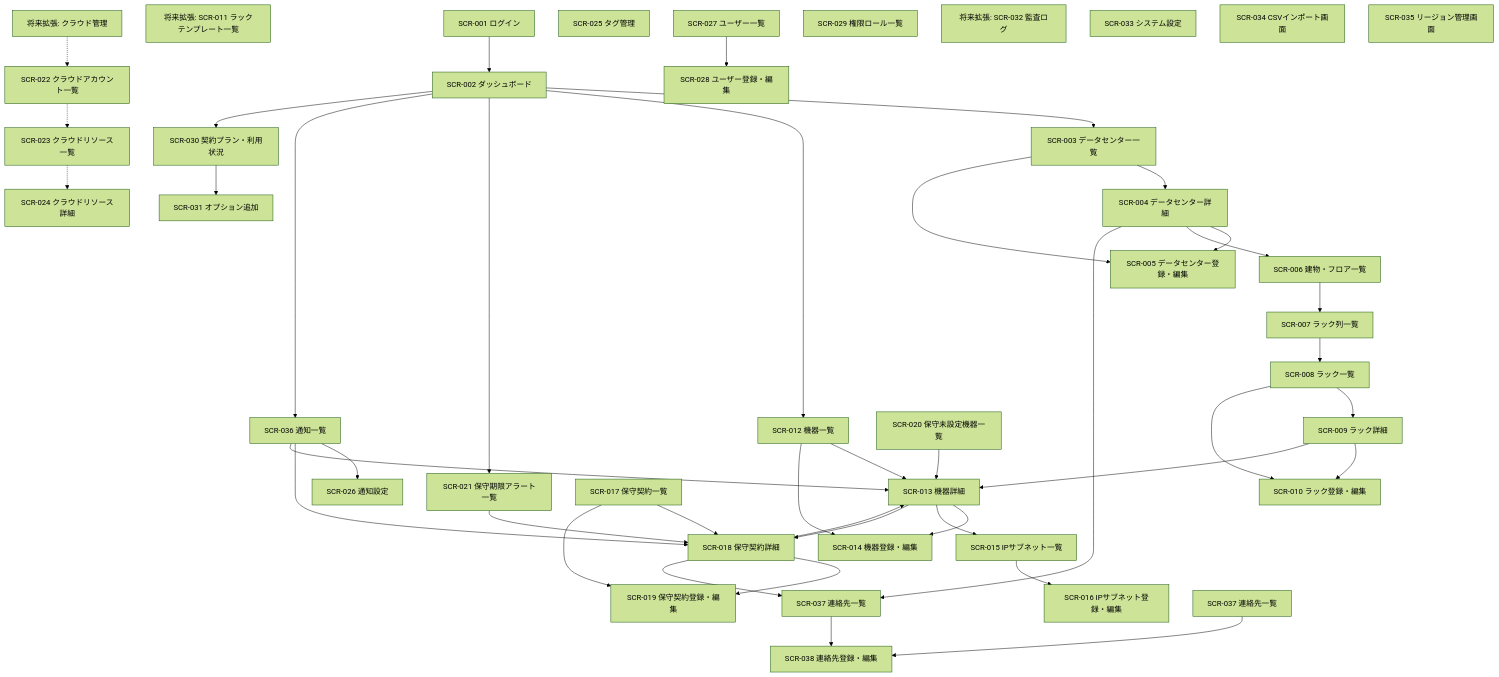
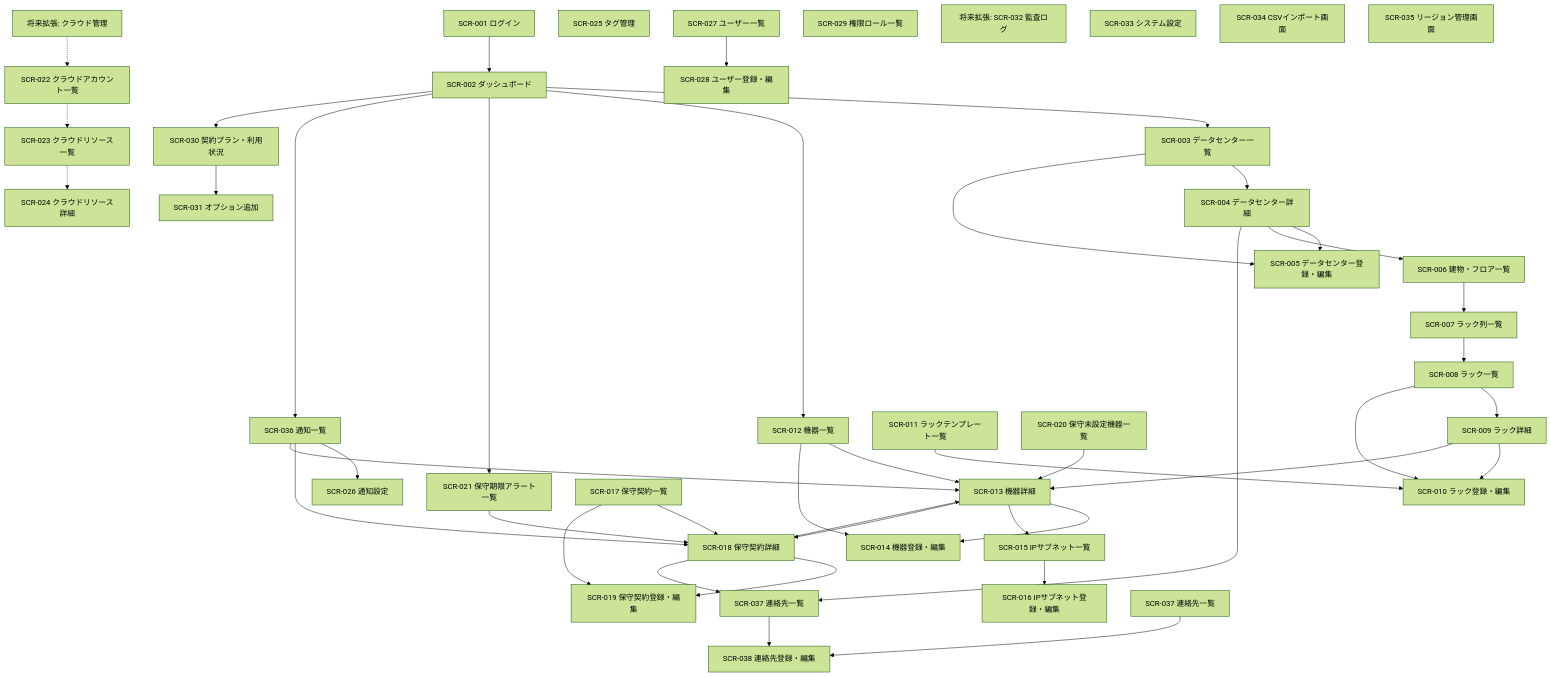
One commit to D03456/dcim changed the first of 5 diagrams in docs/03_basic_design/02_screen_transition.md. Above: the diagram before and after it, drawn with Mermaid (forest theme). The commit also changed other lines of this file and 14 other files, not shown here.

````diff
--- a/docs/03_basic_design/02_screen_transition.md
+++ b/docs/03_basic_design/02_screen_transition.md
@@ -17,58 +17,59 @@
 ```mermaid
 flowchart TD
     Login[SCR-001 ログイン] --> Dashboard[SCR-002 ダッシュボード]
 
     Dashboard --> DCList[SCR-003 データセンター一覧]
     Dashboard --> DeviceList[SCR-012 機器一覧]
     Dashboard --> MaintenanceAlert[SCR-021 保守期限アラート一覧]
     Dashboard --> NotificationList[SCR-036 通知一覧]
     Dashboard --> Usage[SCR-030 契約プラン・利用状況]
 
     DCList --> DCDetail[SCR-004 データセンター詳細]
     DCList --> DCEdit[SCR-005 データセンター登録・編集]
     DCDetail --> DCEdit
     DCDetail --> BuildingFloor[SCR-006 建物・フロア一覧]
     DCDetail --> ContactList[SCR-037 連絡先一覧]
     ContactList --> ContactEdit[SCR-038 連絡先登録・編集]
     BuildingFloor --> RackRow[SCR-007 ラック列一覧]
     RackRow --> RackList[SCR-008 ラック一覧]
     RackList --> RackDetail[SCR-009 ラック詳細]
     RackList --> RackEdit[SCR-010 ラック登録・編集]
     RackDetail --> RackEdit
-    FutureRackTemplate[将来拡張: SCR-011 ラックテンプレート一覧]
+    RackTemplate[SCR-011 ラックテンプレート一覧]
+    RackTemplate --> RackEdit
     RackDetail --> DeviceDetail[SCR-013 機器詳細]
 
     DeviceList --> DeviceDetail
     DeviceList --> DeviceEdit[SCR-014 機器登録・編集]
     DeviceDetail --> DeviceEdit
     DeviceDetail --> IPList[SCR-015 IPサブネット一覧]
     DeviceDetail --> MaintenanceDetail[SCR-018 保守契約詳細]
 
     IPList --> IPEdit[SCR-016 IPサブネット登録・編集]
 
     MaintenanceList[SCR-017 保守契約一覧] --> MaintenanceDetail
     MaintenanceList --> MaintenanceEdit[SCR-019 保守契約登録・編集]
     MaintenanceDetail --> MaintenanceEdit
     MaintenanceDetail --> DeviceDetail
     MaintenanceDetail --> ContactList
     NoMaintenance[SCR-020 保守未設定機器一覧] --> DeviceDetail
     MaintenanceAlert --> MaintenanceDetail
 
     FutureCloud[将来拡張: クラウド管理] -.-> CloudAccount[SCR-022 クラウドアカウント一覧]
     CloudAccount -.-> CloudResourceList[SCR-023 クラウドリソース一覧]
     CloudResourceList -.-> CloudResourceDetail[SCR-024 クラウドリソース詳細]
 
     Tag[SCR-025 タグ管理]
     Notification[SCR-026 通知設定]
     NotificationList --> Notification
     NotificationList --> MaintenanceDetail
     NotificationList --> DeviceDetail
     UserList[SCR-027 ユーザー一覧] --> UserEdit[SCR-028 ユーザー登録・編集]
     Role[SCR-029 権限ロール一覧]
     Usage --> Option[SCR-031 オプション追加]
     FutureAudit[将来拡張: SCR-032 監査ログ]
     SystemSetting[SCR-033 システム設定]
     CsvImport[SCR-034 CSVインポート画面]
     Region[SCR-035 リージョン管理画面]
     ContactMenu[SCR-037 連絡先一覧] --> ContactEdit
 ```
````
